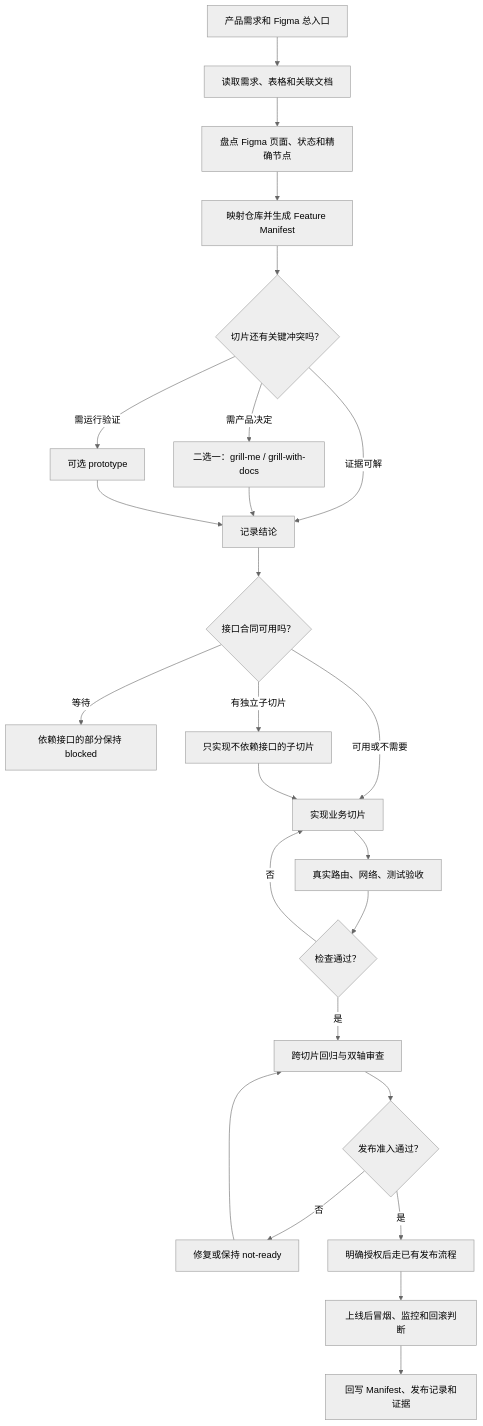
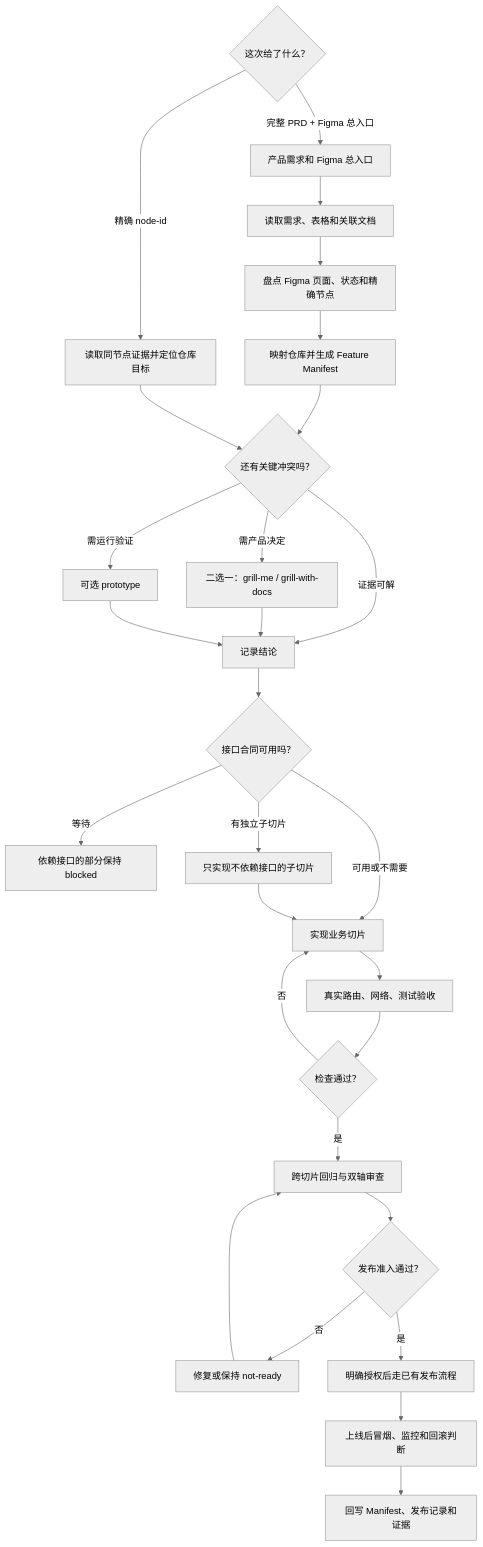
One commit to woyaofei303/fameex-figma-to-code changed the diagram in README.md. Above: the diagram before and after it, drawn with Mermaid (neutral theme). The commit also changed other lines of this file and 4 other files, not shown here.

````diff
--- a/README.md
+++ b/README.md
@@ -258,27 +265,31 @@
 ```mermaid
 flowchart TD
-  A["产品需求和 Figma 总入口"] --> B["读取需求、表格和关联文档"]
+  Z{"这次给了什么？"}
+  Z -->|"完整 PRD + Figma 总入口"| A["产品需求和 Figma 总入口"]
+  Z -->|"精确 node-id"| X["读取同节点证据并定位仓库目标"]
+  A --> B["读取需求、表格和关联文档"]
   B --> C["盘点 Figma 页面、状态和精确节点"]
   C --> D["映射仓库并生成 Feature Manifest"]
-  D --> E{"切片还有关键冲突吗？"}
+  D --> E{"还有关键冲突吗？"}
+  X --> E
   E -->|证据可解| F["记录结论"]
   E -->|需产品决定| G["二选一：grill-me / grill-with-docs"]
   E -->|需运行验证| H["可选 prototype"]
   G --> F
   H --> F
   F --> I{"接口合同可用吗？"}
   I -->|等待| J["依赖接口的部分保持 blocked"]
   I -->|有独立子切片| O["只实现不依赖接口的子切片"]
   I -->|可用或不需要| K["实现业务切片"]
   O --> K
   K --> L["真实路由、网络、测试验收"]
   L --> M{"检查通过？"}
   M -->|否| K
   M -->|是| N["跨切片回归与双轴审查"]
   N --> P{"发布准入通过？"}
   P -->|否| Q["修复或保持 not-ready"]
   Q --> N
   P -->|是| R["明确授权后走已有发布流程"]
   R --> S["上线后冒烟、监控和回滚判断"]
   S --> T["回写 Manifest、发布记录和证据"]
 ```
````
